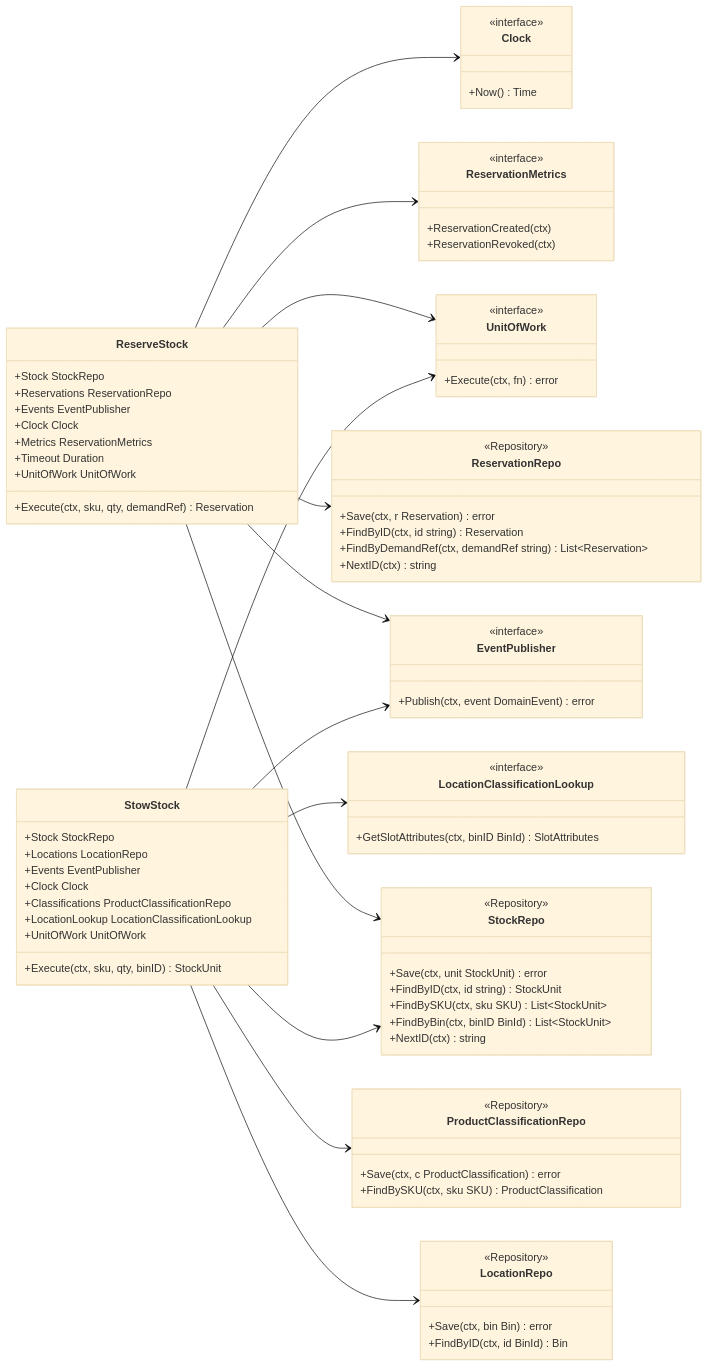
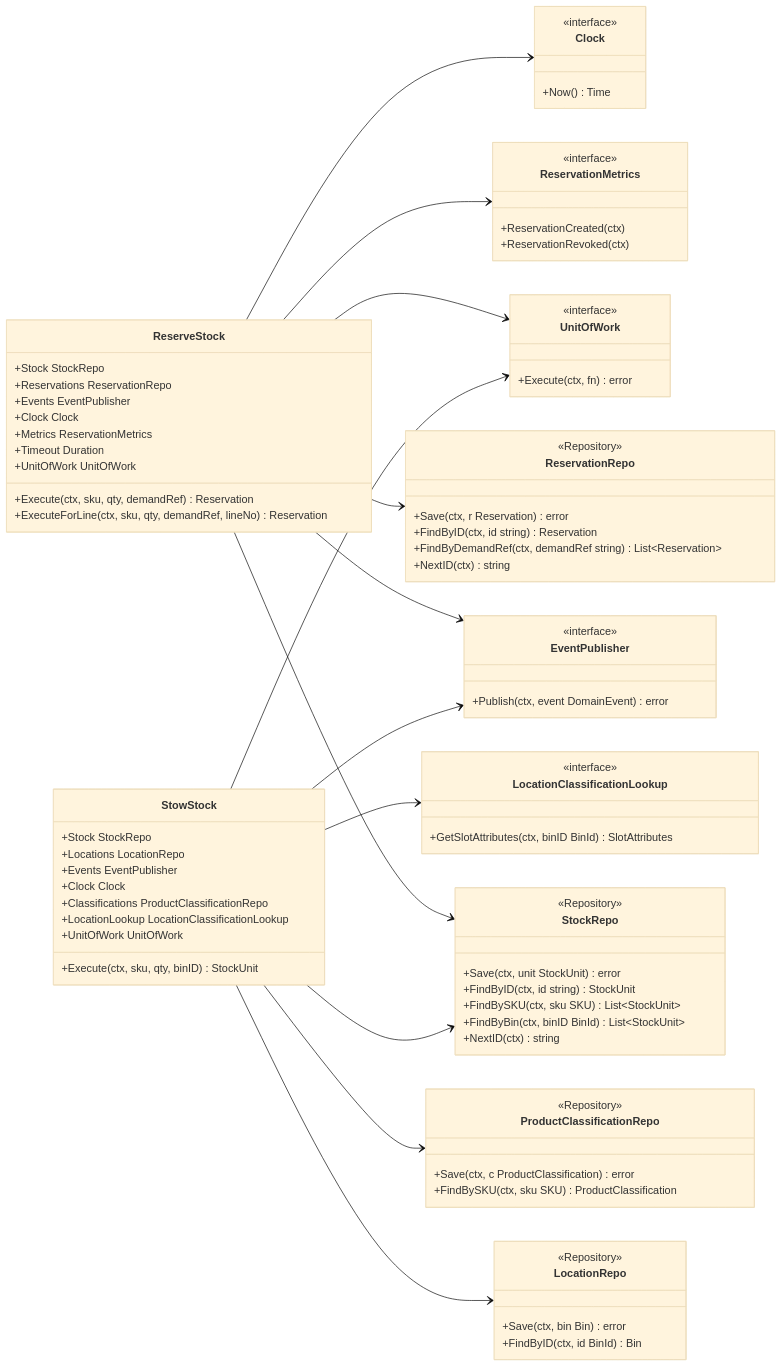
One commit to IQVO/inventory-storage changed the third of 4 diagrams in docs/docs/ddd/class-diagram.md. Above: the diagram before and after it, drawn with Mermaid (base theme). The commit also changed other lines of this file and 44 other files, not shown here.

```diff
--- a/docs/docs/ddd/class-diagram.md
+++ b/docs/docs/ddd/class-diagram.md
@@ -326,6 +329,7 @@
         +Timeout Duration
         +UnitOfWork UnitOfWork
         +Execute(ctx, sku, qty, demandRef) Reservation
+        +ExecuteForLine(ctx, sku, qty, demandRef, lineNo) Reservation
     }
     class StowStock {
         +Stock StockRepo
```
